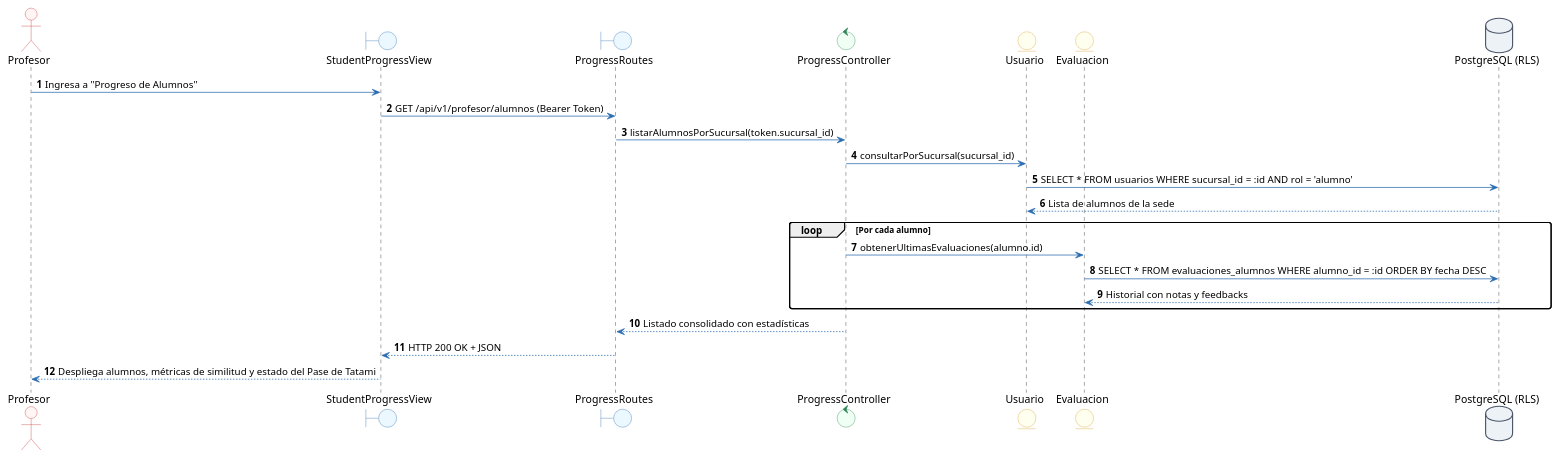
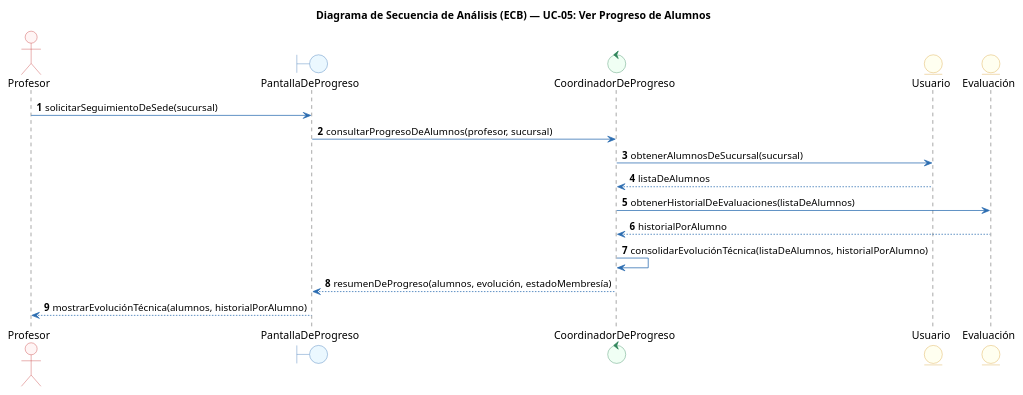
One commit to Tsmrain/JiuJitsu changed diagram 20 of 37 in docs/ProyectoGrado.md. Above: the diagram before and after it, drawn with PlantUML. The commit also changed other lines of this file and 17 other files, not shown here.

````diff
--- a/docs/ProyectoGrado.md
+++ b/docs/ProyectoGrado.md
@@ -2202,50 +2129,37 @@
 ```plantuml
 @startuml
+title Diagrama de Secuencia de Análisis (ECB) — UC-05: Ver Progreso de Alumnos
 autonumber
-
 skinparam shadowing false
 skinparam monochrome false
 skinparam defaultFontName Arial
 skinparam roundcorner 6
 skinparam ArrowColor #2B6CB0
 skinparam ActorBorderColor #C53030
 skinparam ActorBackgroundColor #FFF5F5
 skinparam BoundaryBorderColor #2B6CB0
 skinparam BoundaryBackgroundColor #EBF8FF
 skinparam ControlBorderColor #2F855A
 skinparam ControlBackgroundColor #F0FFF4
 skinparam EntityBorderColor #D69E2E
 skinparam EntityBackgroundColor #FFFFF0
-skinparam DatabaseBorderColor #4A5568
-skinparam DatabaseBackgroundColor #EDF2F7
 skinparam UsecaseBorderColor #2B6CB0
 skinparam UsecaseBackgroundColor #F7FAFC
 
+actor "Profesor" as PR
+boundary "PantallaDeProgreso" as B1
+control "CoordinadorDeProgreso" as C1
+entity "Usuario" as E1
+entity "Evaluación" as E2
 
-actor "Profesor" as Prof
-boundary "StudentProgressView" as View
-boundary "ProgressRoutes" as API
-control "ProgressController" as Ctrl
-entity "Usuario" as EntUser
-entity "Evaluacion" as EntEval
-database "PostgreSQL (RLS)" as DB
-
-Prof -> View : Ingresa a "Progreso de Alumnos"
-View -> API : GET /api/v1/profesor/alumnos (Bearer Token)
-API -> Ctrl : listarAlumnosPorSucursal(token.sucursal_id)
-
-Ctrl -> EntUser : consultarPorSucursal(sucursal_id)
-EntUser -> DB : SELECT * FROM usuarios WHERE sucursal_id = :id AND rol = 'alumno'
-DB --> EntUser : Lista de alumnos de la sede
-
-loop Por cada alumno
-    Ctrl -> EntEval : obtenerUltimasEvaluaciones(alumno.id)
-    EntEval -> DB : SELECT * FROM evaluaciones_alumnos WHERE alumno_id = :id ORDER BY fecha DESC
-    DB --> EntEval : Historial con notas y feedbacks
-end
-
-Ctrl --> API : Listado consolidado con estadísticas
-API --> View : HTTP 200 OK + JSON
-View --> Prof : Despliega alumnos, métricas de similitud y estado del Pase de Tatami
+PR -> B1 : solicitarSeguimientoDeSede(sucursal)
+B1 -> C1 : consultarProgresoDeAlumnos(profesor, sucursal)
+C1 -> E1 : obtenerAlumnosDeSucursal(sucursal)
+E1 --> C1 : listaDeAlumnos
+C1 -> E2 : obtenerHistorialDeEvaluaciones(listaDeAlumnos)
+E2 --> C1 : historialPorAlumno
+C1 -> C1 : consolidarEvoluciónTécnica(listaDeAlumnos, historialPorAlumno)
+C1 --> B1 : resumenDeProgreso(alumnos, evolución, estadoMembresía)
+B1 --> PR : mostrarEvoluciónTécnica(alumnos, historialPorAlumno)
 @enduml
 ```
````
